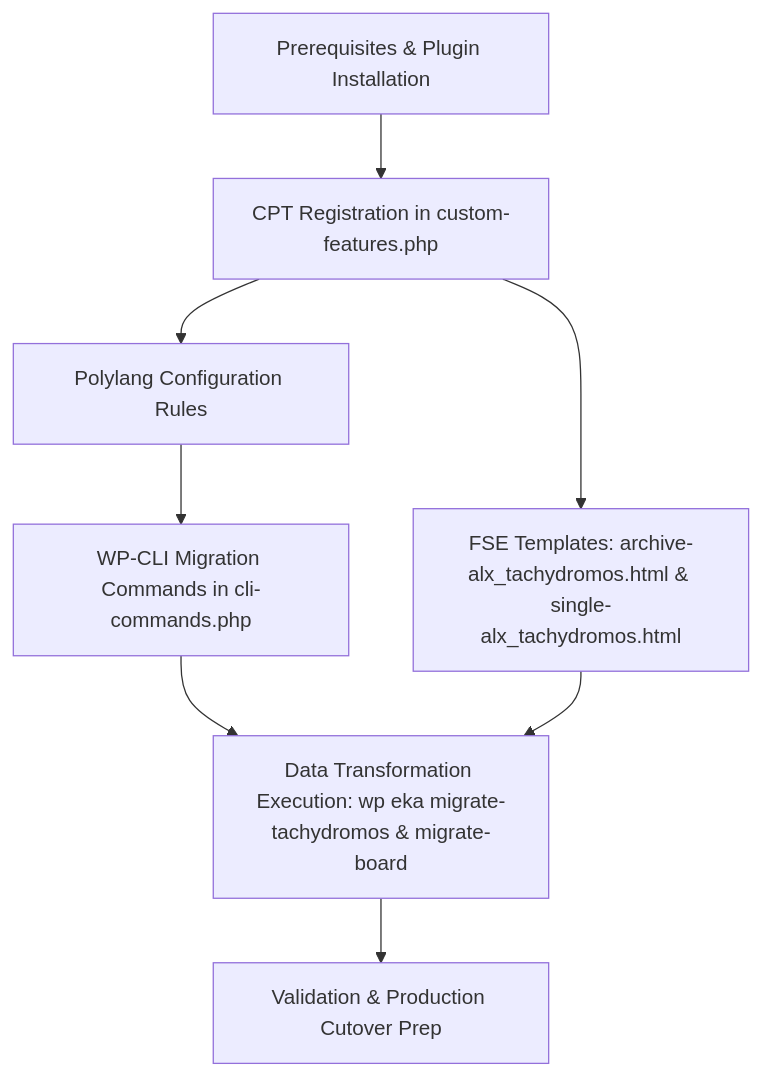
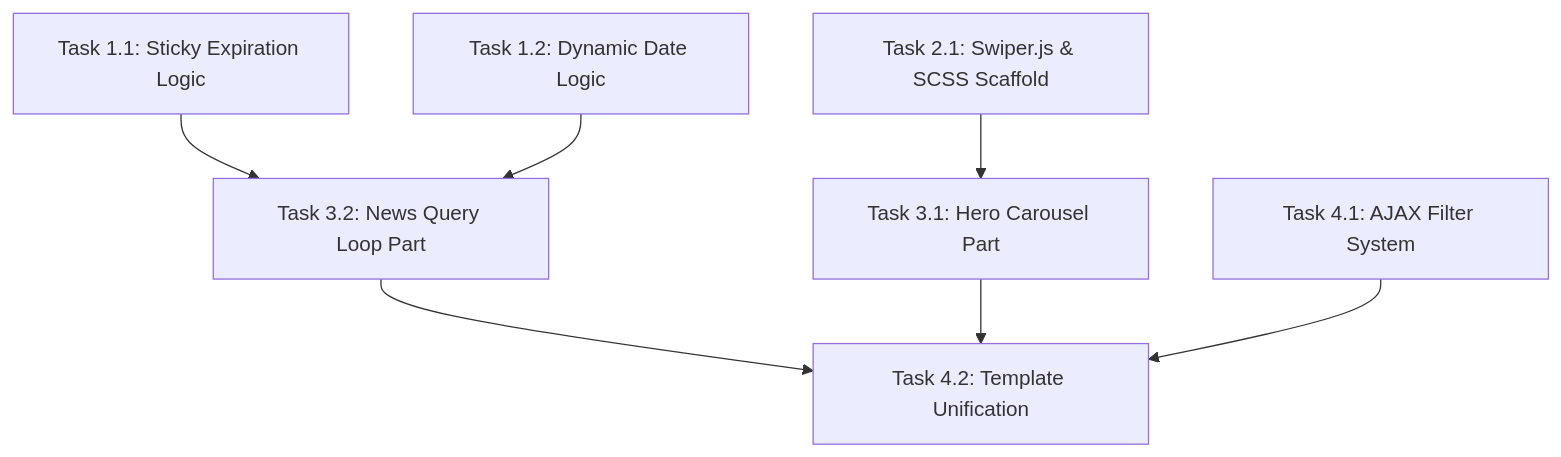
Before and after one commit to alexseif/flagship: the diagram in tasks/plan.md, drawn with Mermaid. The commit also changed other lines of this file and 1 other file, not shown here.

Commit message:
docs: update execution plan and task breakdown for EKA Portal News Section optimization

````diff
--- a/tasks/plan.md
+++ b/tasks/plan.md
@@ -15,10 +7,9 @@
 ```mermaid
 graph TD
-    A[Prerequisites & Plugin Installation] --> B[CPT Registration in custom-features.php]
-    B --> C[Polylang Configuration Rules]
-    B --> D[FSE Templates: archive-alx_tachydromos.html & single-alx_tachydromos.html]
-    C --> E[WP-CLI Migration Commands in cli-commands.php]
-    E --> F[Data Transformation Execution: wp eka migrate-tachydromos & migrate-board]
-    D --> F
-    F --> G[Validation & Production Cutover Prep]
+    A[Task 1.1: Sticky Expiration Logic] --> C[Task 3.2: News Query Loop Part]
+    B[Task 1.2: Dynamic Date Logic] --> C
+    D[Task 2.1: Swiper.js & SCSS Scaffold] --> E[Task 3.1: Hero Carousel Part]
+    C --> F[Task 4.2: Template Unification]
+    E --> F
+    G[Task 4.1: AJAX Filter System] --> F
 ```
````
